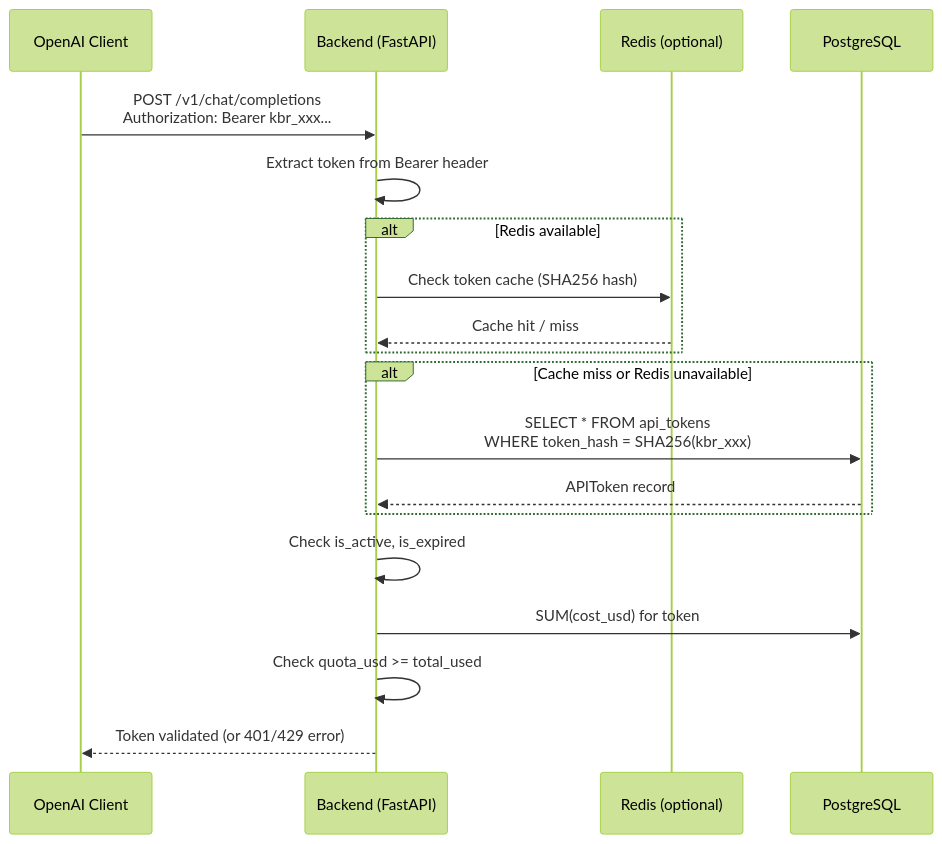
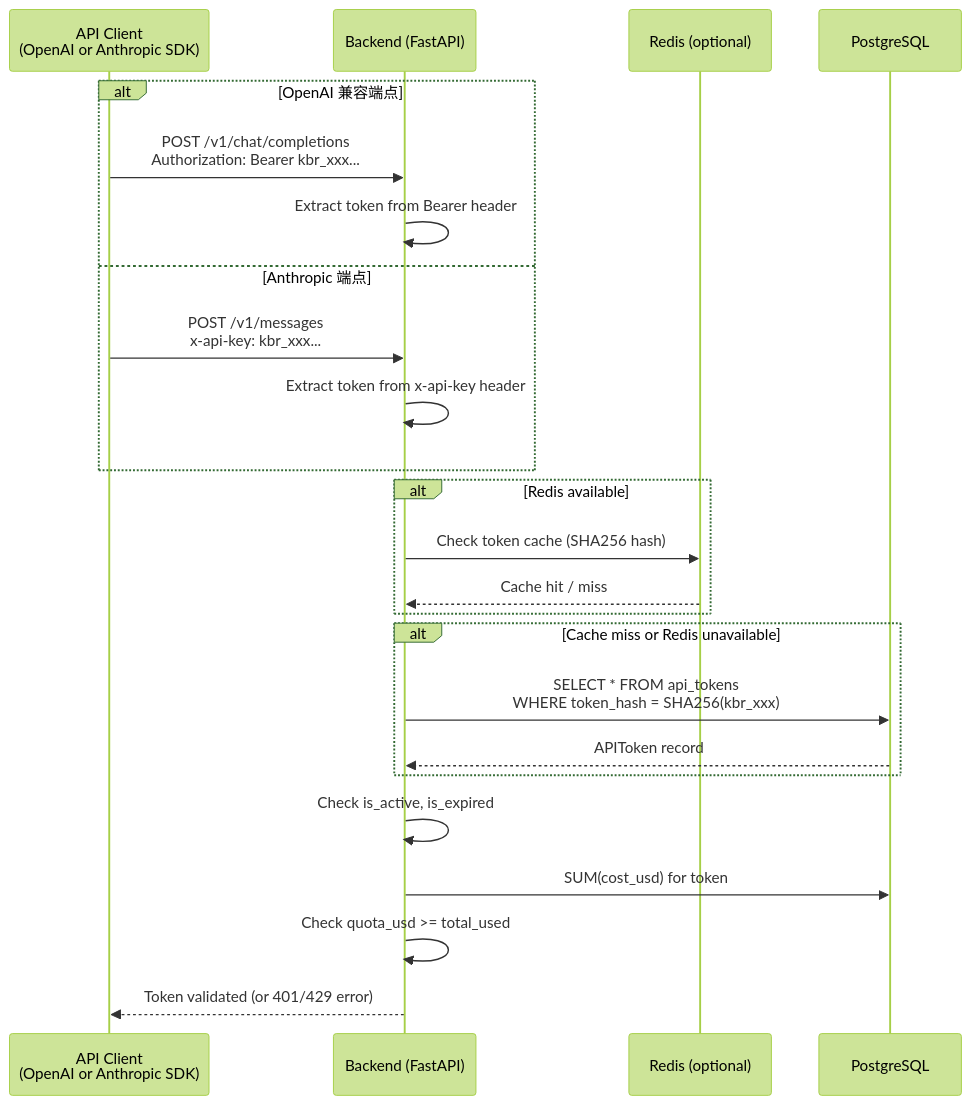
The seventh of 10 diagrams in docs/architecture.zh.md (aws-samples/sample-kolya-br-proxy), drawn with Mermaid (forest theme) before and after one commit. The commit also changed other lines of this file and 40 other files, not shown here.

````diff
--- a/docs/architecture.zh.md
+++ b/docs/architecture.zh.md
@@ -546,25 +564,30 @@
 ```mermaid
 sequenceDiagram
-    participant Client as OpenAI Client
+    participant Client as API Client<br/>(OpenAI or Anthropic SDK)
     participant BE as Backend (FastAPI)
     participant Redis as Redis (optional)
     participant DB as PostgreSQL
 
-    Client->>BE: POST /v1/chat/completions<br/>Authorization: Bearer kbr_xxx...
-    BE->>BE: Extract token from Bearer header
+    alt OpenAI 兼容端点
+        Client->>BE: POST /v1/chat/completions<br/>Authorization: Bearer kbr_xxx...
+        BE->>BE: Extract token from Bearer header
+    else Anthropic 端点
+        Client->>BE: POST /v1/messages<br/>x-api-key: kbr_xxx...
+        BE->>BE: Extract token from x-api-key header
+    end
 
     alt Redis available
         BE->>Redis: Check token cache (SHA256 hash)
         Redis-->>BE: Cache hit / miss
     end
 
     alt Cache miss or Redis unavailable
         BE->>DB: SELECT * FROM api_tokens<br/>WHERE token_hash = SHA256(kbr_xxx)
         DB-->>BE: APIToken record
     end
 
     BE->>BE: Check is_active, is_expired
     BE->>DB: SUM(cost_usd) for token
     BE->>BE: Check quota_usd >= total_used
     BE-->>Client: Token validated (or 401/429 error)
 ```
````
